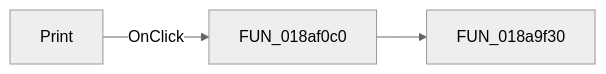
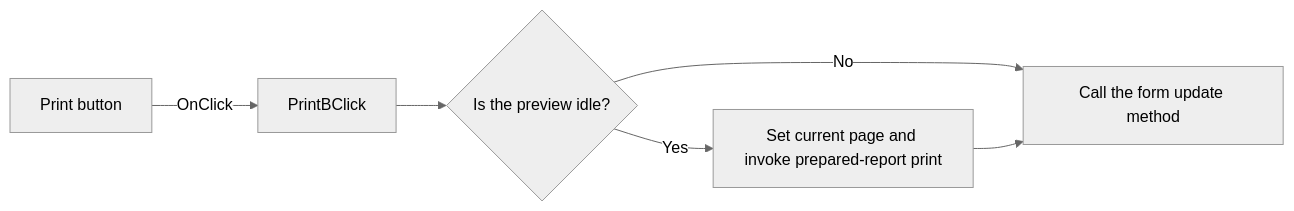
One commit to MovGP0/TIARA changed the diagram in docs/ui-controls/frxpreviewform/printb-41a3a6f04d.md. Above: the diagram before and after it, drawn with Mermaid (neutral theme). The commit also changed other lines of this file and 387 other files, not shown here.

````diff
--- a/docs/ui-controls/frxpreviewform/printb-41a3a6f04d.md
+++ b/docs/ui-controls/frxpreviewform/printb-41a3a6f04d.md
@@ -27,5 +27,8 @@
 ```mermaid
 flowchart LR
-    control["Print"] -->|OnClick| handler["FUN_018af0c0"]
-    handler --> call1["FUN_018a9f30"]
+    control["Print button"] -->|OnClick| handler["PrintBClick"]
+    handler --> idle{"Is the preview idle?"}
+    idle -->|Yes| print["Set current page and invoke prepared-report print"]
+    idle -->|No| update["Skip printing"]
+    print --> update["Call the form update method"]
 ```
````
